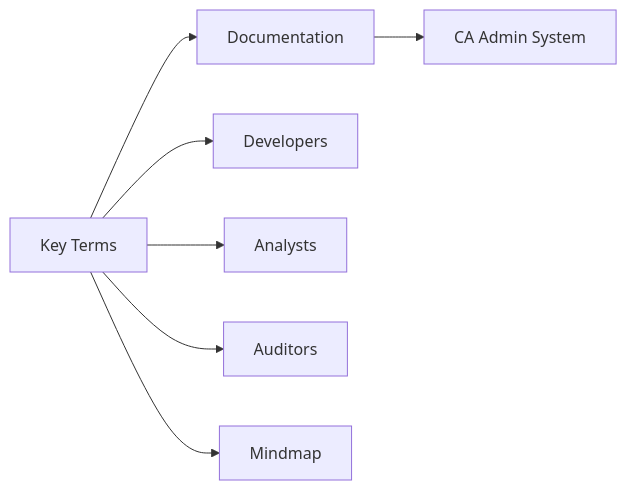
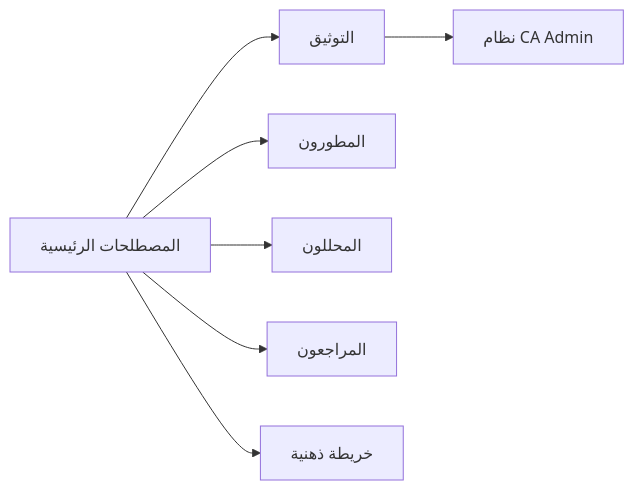
The first of 3 diagrams in docs/99-glossary/99-glossary.md (Ash69g/Documentation-Study), drawn with Mermaid before and after one commit. The commit also changed other lines of this file and 15 other files, not shown here.

````diff
--- a/docs/99-glossary/99-glossary.md
+++ b/docs/99-glossary/99-glossary.md
@@ -23,9 +44,9 @@
 ```mermaid
 flowchart LR
- Terms["Key Terms"] --> Docs["Documentation"]
- Terms --> Devs["Developers"]
- Terms --> Analysts["Analysts"]
- Terms --> Auditors["Auditors"]
- Docs --> System["CA Admin System"]
- Terms --> Mindmap["Mindmap"]
+ Terms["المصطلحات الرئيسية"] --> Docs["التوثيق"]
+ Terms --> Devs["المطورون"]
+ Terms --> Analysts["المحللون"]
+ Terms --> Auditors["المراجعون"]
+ Docs --> System["نظام CA Admin"]
+ Terms --> Mindmap["خريطة ذهنية"]
 ```
````
